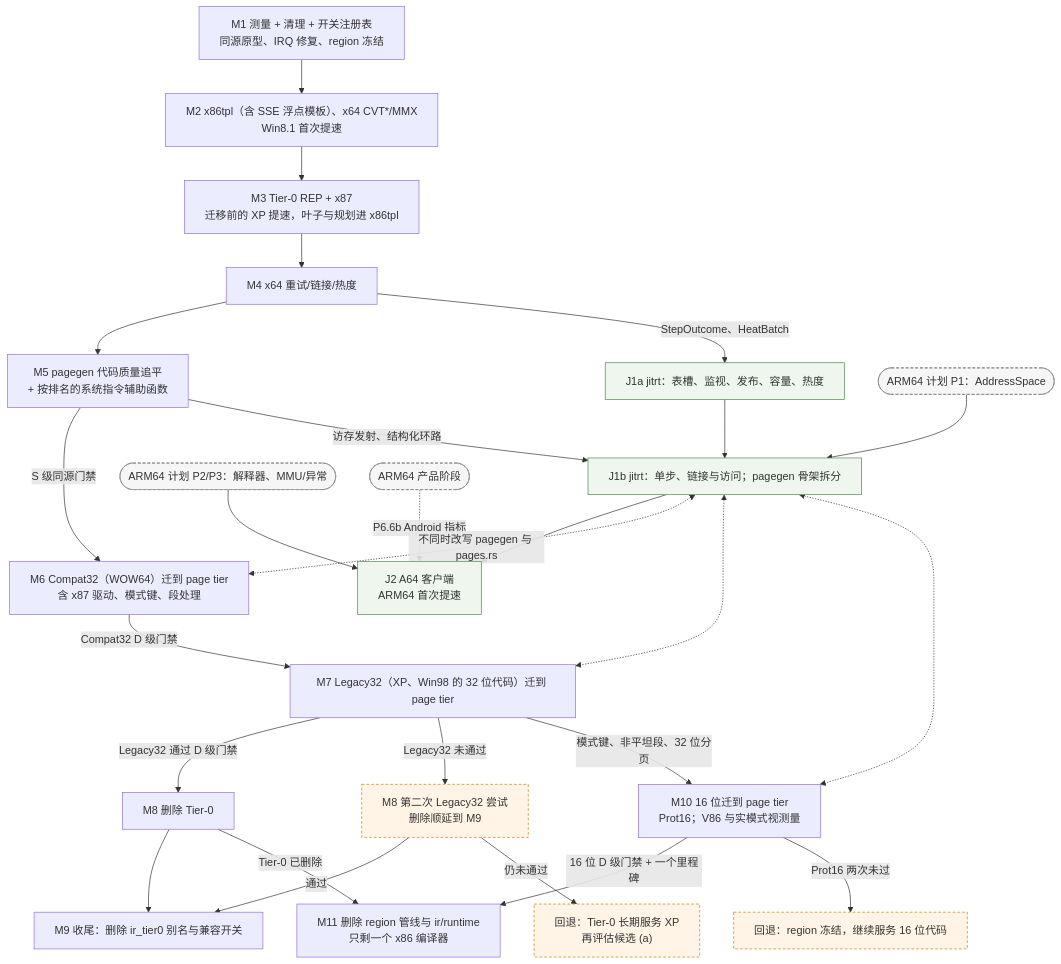
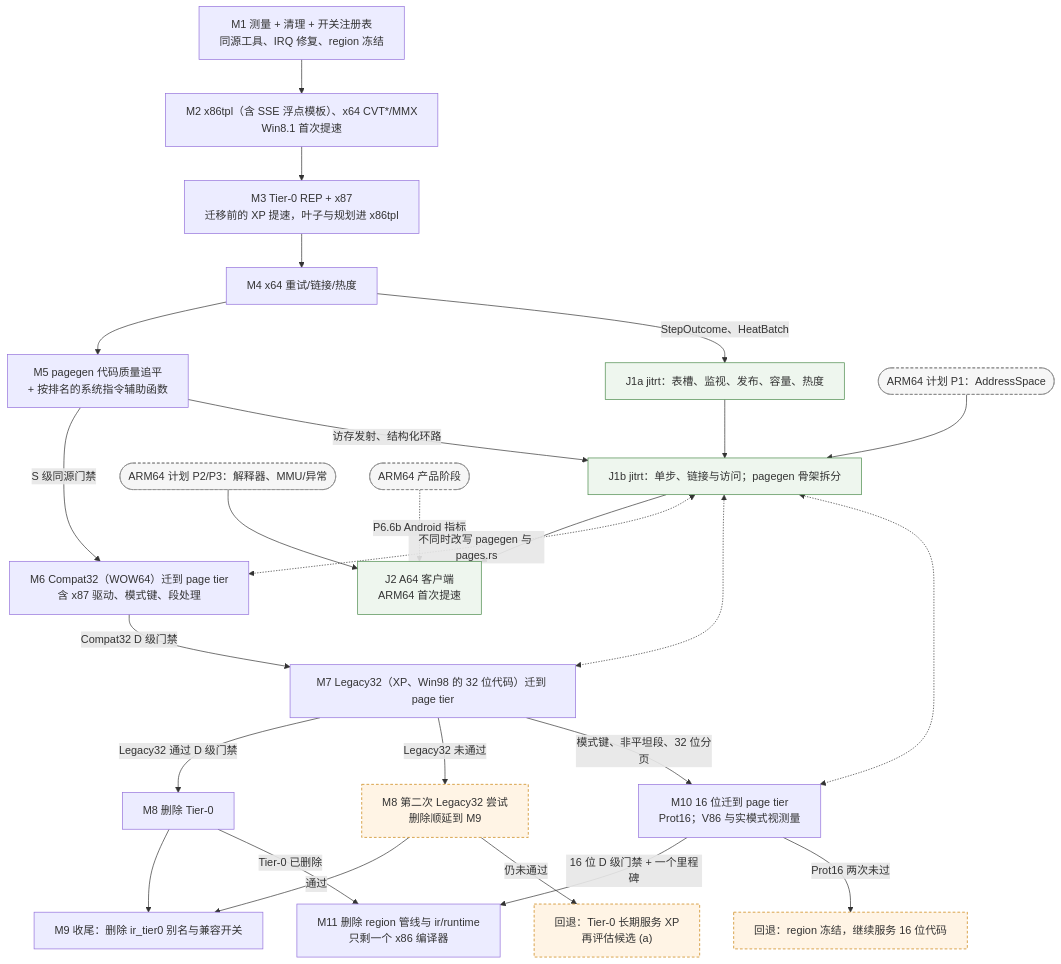
Before and after one commit to speedyHKjournalist/v64: the third of 3 diagrams in docs/jit-unification-plan.md, drawn with Mermaid. The commit also changed other lines of this file and 1 other file, not shown here.

````diff
--- a/docs/jit-unification-plan.md
+++ b/docs/jit-unification-plan.md
@@ -648,55 +659,55 @@
 ```mermaid
 %%{init: {"flowchart": {"wrappingWidth": 360}}}%%
 flowchart TD
-    M1["M1 测量 + 清理 + 开关注册表<br/>同源原型、IRQ 修复、region 冻结"]
+    M1["M1 测量 + 清理 + 开关注册表<br/>同源工具、IRQ 修复、region 冻结"]
     M2["M2 x86tpl（含 SSE 浮点模板）、x64 CVT*/MMX<br/>Win8.1 首次提速"]
     M3["M3 Tier-0 REP + x87<br/>迁移前的 XP 提速，叶子与规划进 x86tpl"]
     M4["M4 x64 重试/链接/热度"]
     M5["M5 pagegen 代码质量追平<br/>+ 按排名的系统指令辅助函数"]
     M6["M6 Compat32（WOW64）迁到 page tier<br/>含 x87 驱动、模式键、段处理"]
     M7["M7 Legacy32（XP、Win98 的 32 位代码）迁到 page tier"]
     M8["M8 删除 Tier-0"]
     M8R["M8 第二次 Legacy32 尝试<br/>删除顺延到 M9"]
     M9["M9 收尾：删除 ir_tier0 别名与兼容开关"]
     M10["M10 16 位迁到 page tier<br/>Prot16；V86 与实模式视测量"]
     M11["M11 删除 region 管线与 ir/runtime<br/>只剩一个 x86 编译器"]
     FB16["回退：region 冻结，继续服务 16 位代码"]
     FB["回退：Tier-0 长期服务 XP<br/>再评估候选 (a)"]
     J1a["J1a jitrt：表槽、监视、发布、容量、热度"]
     J1b["J1b jitrt：单步、链接与访问；pagegen 骨架拆分"]
     J2["J2 A64 客户端<br/>ARM64 首次提速"]
 
     A1(["ARM64 计划 P1：AddressSpace"])
     A23(["ARM64 计划 P2/P3：解释器、MMU/异常"])
     AP(["ARM64 产品阶段"])
 
     M1 --> M2 --> M3 --> M4 --> M5
     M5 -->|"S 级同源门禁"| M6
     M6 -->|"Compat32 D 级门禁"| M7
     M7 -->|"Legacy32 通过 D 级门禁"| M8
     M7 -->|"Legacy32 未通过"| M8R
     M8 --> M9
     M8R -->|"通过"| M9
     M8R -->|"仍未通过"| FB
     M7 -->|"模式键、非平坦段、32 位分页"| M10
     M8 -->|"Tier-0 已删除"| M11
     M10 -->|"16 位 D 级门禁 + 一个里程碑"| M11
     M10 -->|"Prot16 两次未过"| FB16
     M4 -->|"StepOutcome、HeatBatch"| J1a
     J1a --> J1b
     M5 -->|"访存发射、结构化环路"| J1b
     A1 --> J1b
     J1b --> J2
     A23 --> J2
     AP -.->|"P6.6b Android 指标"| J2
     J1b <-.->|"不同时改写 pagegen 与 pages.rs"| M6
     J1b <-.-> M7
     J1b <-.-> M10
 
     classDef ext fill:#f6f6f6,stroke:#888,stroke-dasharray:4 3
     classDef side fill:#eef6ee,stroke:#4a8a4a
     classDef alt fill:#fff4e5,stroke:#c77c00,stroke-dasharray:4 3
     class A1,A23,AP ext
     class J1a,J1b,J2 side
     class M8R,FB,FB16 alt
 ```
````
